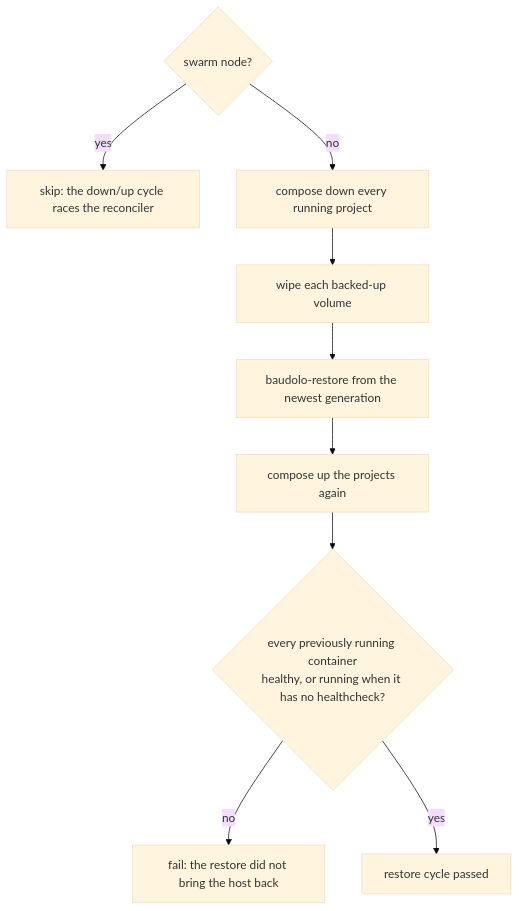
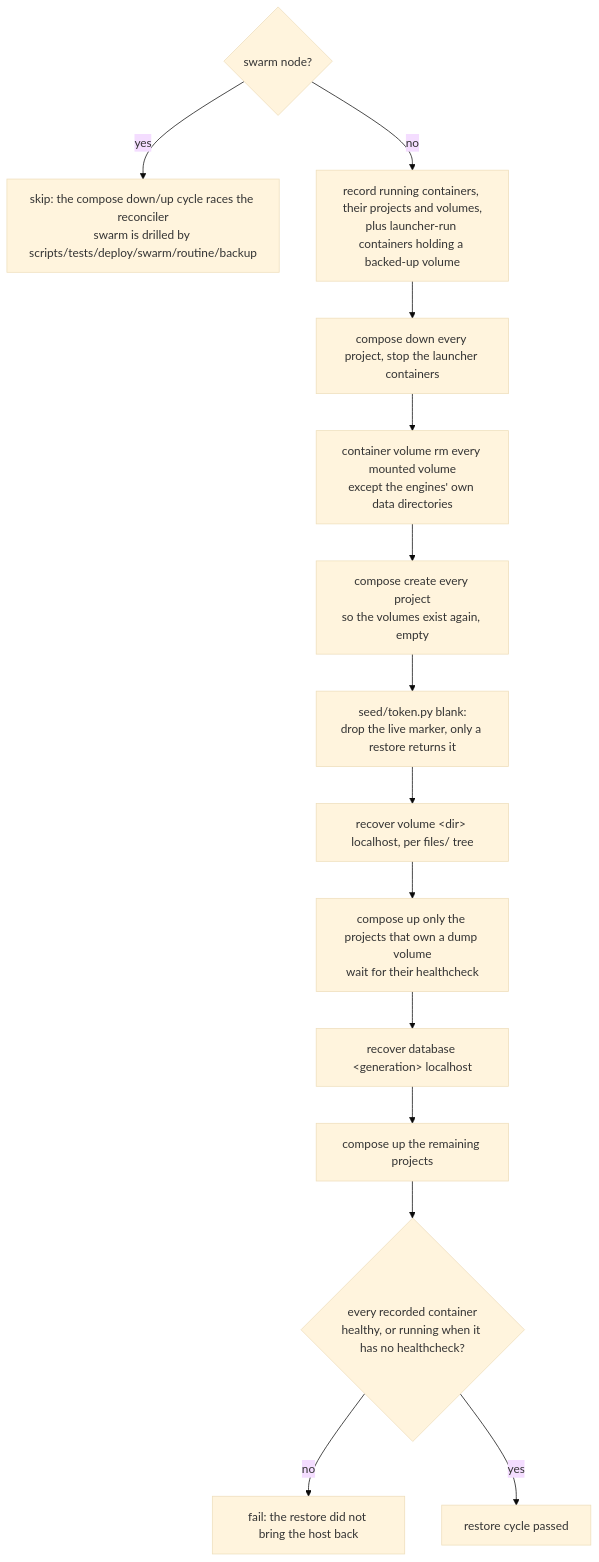
The fourth of 4 diagrams in roles/svc-bkp-volume-2-local/files/test/README.md (AlejandroRomanIbanez/infinito-nexus), drawn with Mermaid (base theme) before and after one commit. The commit also changed other lines of this file and 11 other files, not shown here.

````diff
--- a/roles/svc-bkp-volume-2-local/files/test/README.md
+++ b/roles/svc-bkp-volume-2-local/files/test/README.md
@@ -103,11 +125,16 @@
 ```mermaid
 flowchart TD
-    SWARM{"swarm node?"} -->|yes| SK["skip: the down/up cycle races the reconciler"]
-    SWARM -->|no| DOWN["compose down every running project"]
-    DOWN --> WIPE["wipe each backed-up volume"]
-    WIPE --> RESTORE["baudolo-restore from the newest generation"]
-    RESTORE --> UP["compose up the projects again"]
-    UP --> HEALTH{"every previously running container<br>healthy, or running when it has no healthcheck?"}
+    SWARM{"swarm node?"} -->|yes| SK["skip: the compose down/up cycle races the reconciler<br>swarm is drilled by scripts/tests/deploy/swarm/routine/backup"]
+    SWARM -->|no| REC["record running containers, their projects and volumes,<br>plus launcher-run containers holding a backed-up volume"]
+    REC --> DOWN["compose down every project, stop the launcher containers"]
+    DOWN --> RM["container volume rm every mounted volume<br>except the engines' own data directories"]
+    RM --> CREATE["compose create every project<br>so the volumes exist again, empty"]
+    CREATE --> BLANK["seed/token.py blank:<br>drop the live marker, only a restore returns it"]
+    BLANK --> VOL["recover volume &lt;dir&gt; localhost, per files/ tree"]
+    VOL --> DBUP["compose up only the projects that own a dump volume<br>wait for their healthcheck"]
+    DBUP --> DB["recover database &lt;generation&gt; localhost"]
+    DB --> UP["compose up the remaining projects"]
+    UP --> HEALTH{"every recorded container<br>healthy, or running when it has no healthcheck?"}
     HEALTH -->|no| FAIL["fail: the restore did not bring the host back"]
     HEALTH -->|yes| DONE["restore cycle passed"]
 ```
````
